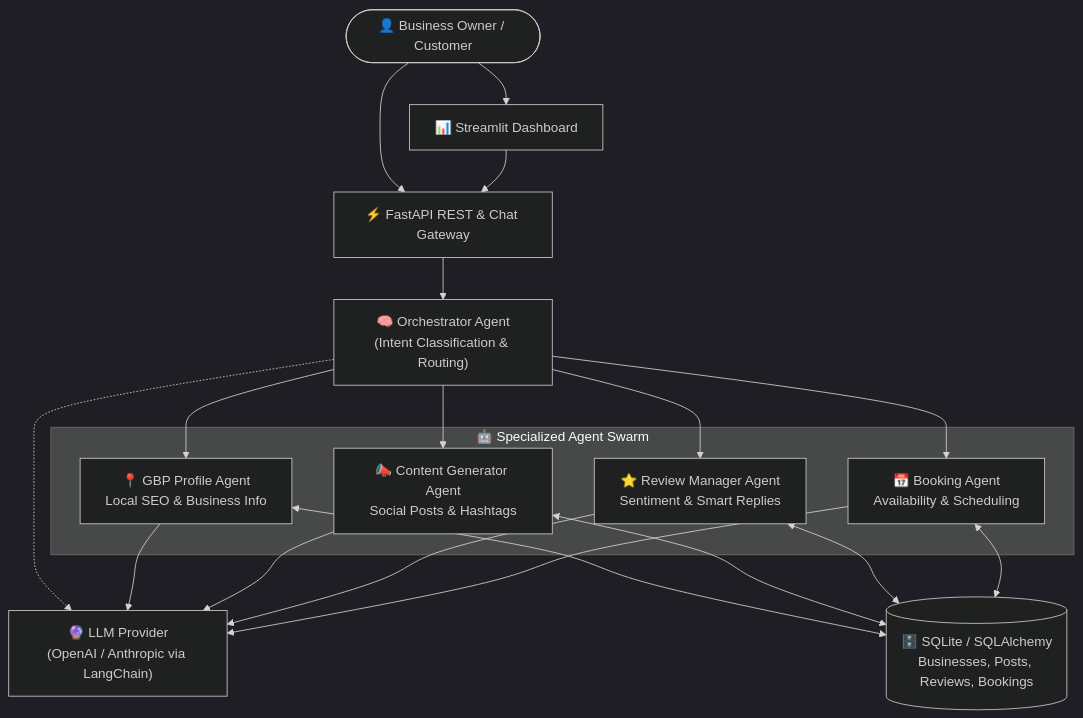
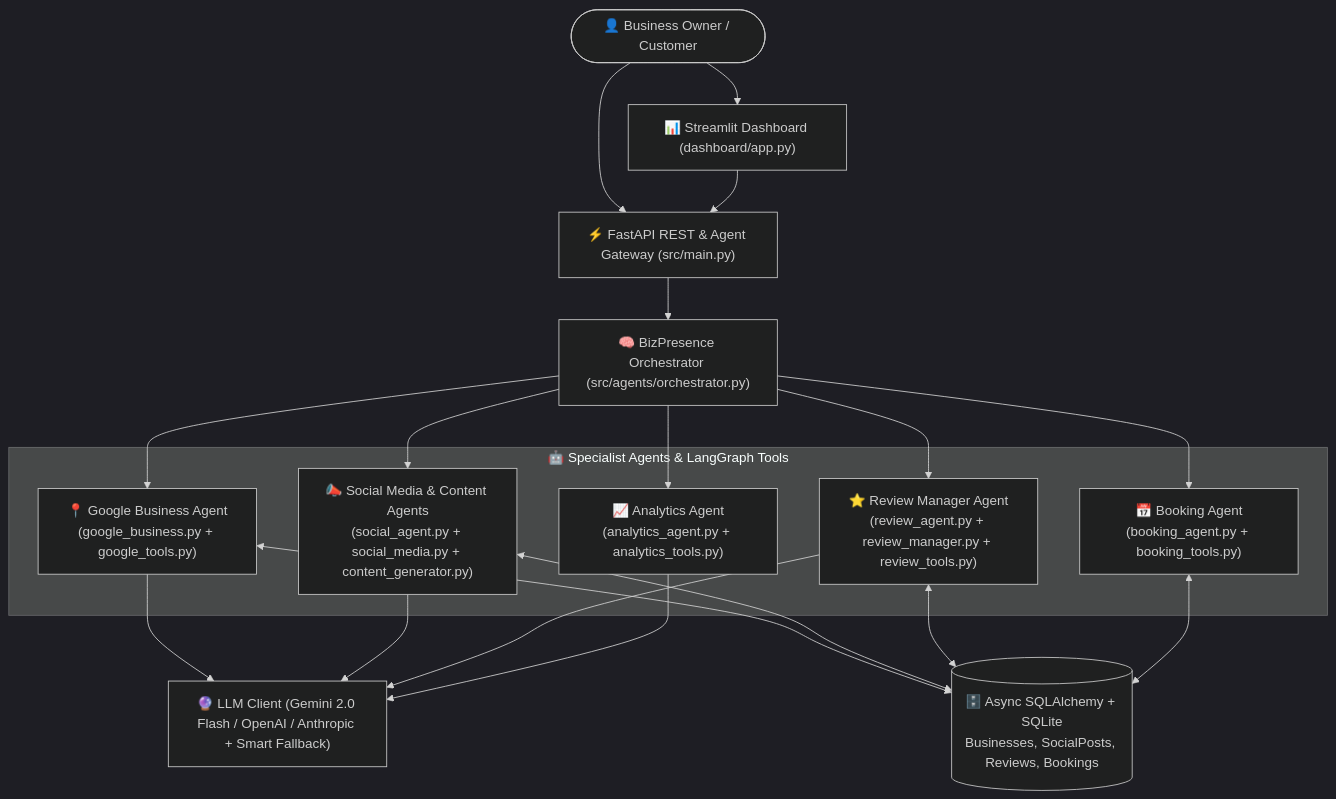
One commit to chauhansachin13/local-biz-agent changed the diagram in README.md. Above: the diagram before and after it, drawn with Mermaid (dark theme). The commit also changed other lines of this file and 34 other files, not shown here.

Commit message:
Fix test suite, Ruff linting/CI config, FastAPI lifespan, and README

````diff
--- a/README.md
+++ b/README.md
@@ -32,38 +36,39 @@
 ```mermaid
 flowchart TB
     User(["👤 Business Owner / Customer"])
-    UI["📊 Streamlit Dashboard"]
-    API["⚡ FastAPI REST & Chat Gateway"]
-    Orch["🧠 Orchestrator Agent\n(Intent Classification & Routing)"]
+    UI["📊 Streamlit Dashboard (dashboard/app.py)"]
+    API["⚡ FastAPI REST & Agent Gateway (src/main.py)"]
+    Orch["🧠 BizPresence Orchestrator (src/agents/orchestrator.py)"]
 
-    subgraph Agents["🤖 Specialized Agent Swarm"]
-        Profile["📍 GBP Profile Agent\nLocal SEO & Business Info"]
-        Content["📣 Content Generator Agent\nSocial Posts & Hashtags"]
-        Review["⭐ Review Manager Agent\nSentiment & Smart Replies"]
-        Booking["📅 Booking Agent\nAvailability & Scheduling"]
+    subgraph Agents["🤖 Specialist Agents & LangGraph Tools"]
+        GBP["📍 Google Business Agent\n(google_business.py + google_tools.py)"]
+        Social["📣 Social Media & Content Agents\n(social_agent.py + social_media.py + content_generator.py)"]
+        Review["⭐ Review Manager Agent\n(review_agent.py + review_manager.py + review_tools.py)"]
+        Booking["📅 Booking Agent\n(booking_agent.py + booking_tools.py)"]
+        Analytics["📈 Analytics Agent\n(analytics_agent.py + analytics_tools.py)"]
     end
 
-    LLM["🔮 LLM Provider\n(OpenAI / Anthropic via LangChain)"]
-    DB[("🗄️ SQLite / SQLAlchemy\nBusinesses, Posts, Reviews, Bookings")]
+    LLM["🔮 LLM Client (Gemini 2.0 Flash / OpenAI / Anthropic + Smart Fallback)"]
+    DB[("🗄️ Async SQLAlchemy + SQLite\nBusinesses, SocialPosts, Reviews, Bookings")]
 
     User --> UI
     User --> API
     UI --> API
     API --> Orch
 
-    Orch --> Profile
-    Orch --> Content
+    Orch --> GBP
+    Orch --> Social
     Orch --> Review
     Orch --> Booking
+    Orch --> Analytics
 
-    Orch -.-> LLM
-    Profile --> LLM
-    Content --> LLM
+    GBP --> LLM
+    Social --> LLM
     Review --> LLM
-    Booking --> LLM
+    Analytics --> LLM
 
-    Profile <--> DB
-    Content <--> DB
+    GBP <--> DB
+    Social <--> DB
     Review <--> DB
     Booking <--> DB
 ```
````
